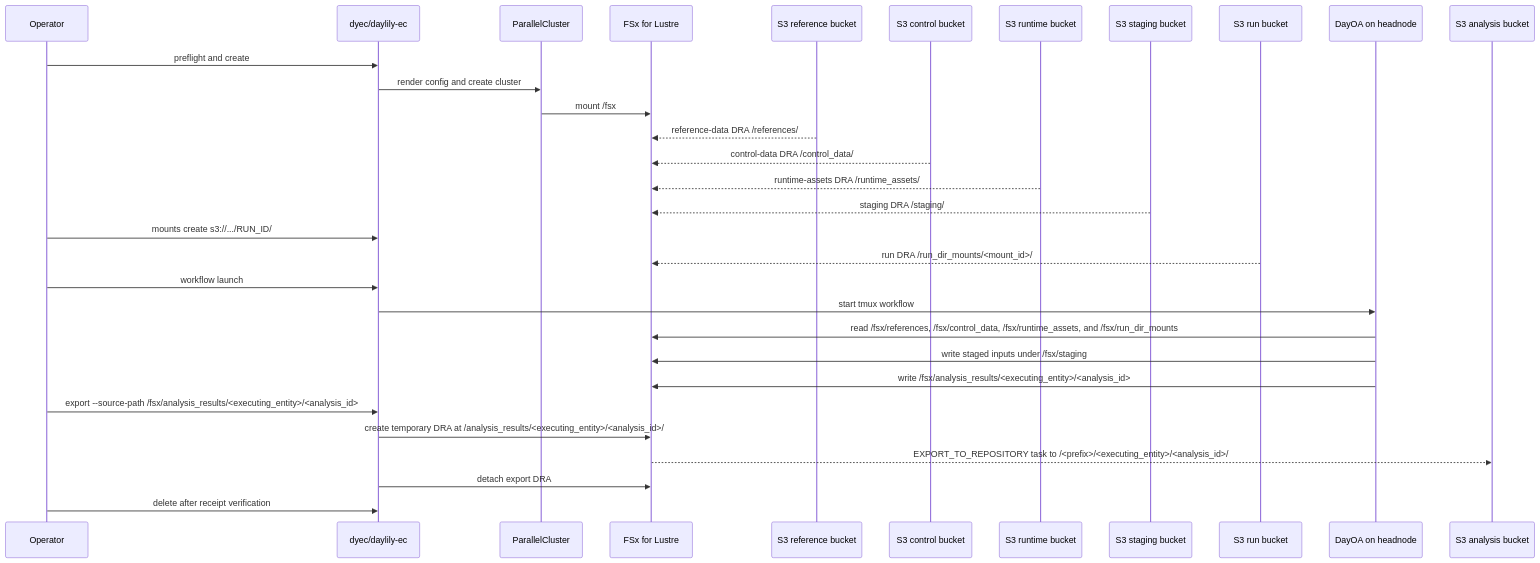
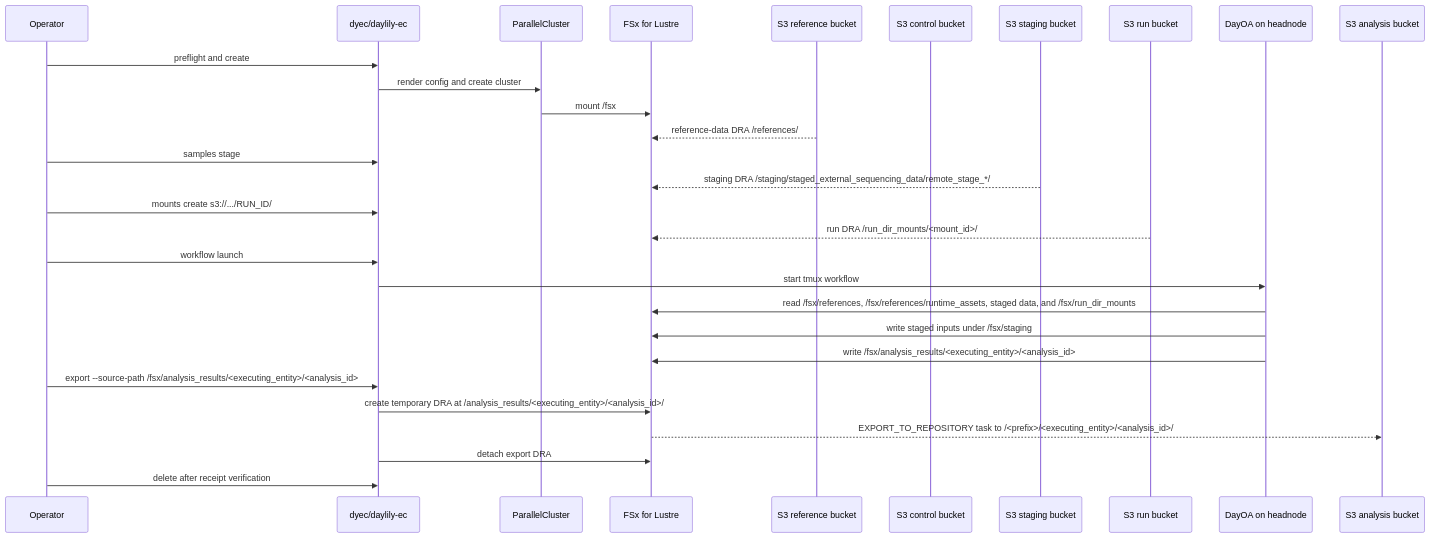
One commit to Daylily-Informatics/daylily-ephemeral-cluster changed the first of 3 diagrams in docs/dra_fsx_strategy.md. Above: the diagram before and after it, drawn with Mermaid. The commit also changed other lines of this file and 66 other files, not shown here.

Commit message:
Use references mount for runtime assets

````diff
--- a/docs/dra_fsx_strategy.md
+++ b/docs/dra_fsx_strategy.md
@@ -21,34 +21,32 @@
 ```mermaid
 sequenceDiagram
   participant Op as Operator
   participant DyEC as dyec/daylily-ec
   participant PC as ParallelCluster
   participant FSx as FSx for Lustre
   participant Ref as S3 reference bucket
   participant Ctrl as S3 control bucket
-  participant Runtime as S3 runtime bucket
   participant Stage as S3 staging bucket
   participant Run as S3 run bucket
   participant DayOA as DayOA on headnode
   participant Out as S3 analysis bucket
 
   Op->>DyEC: preflight and create
   DyEC->>PC: render config and create cluster
   PC->>FSx: mount /fsx
   Ref-->>FSx: reference-data DRA /references/
-  Ctrl-->>FSx: control-data DRA /control_data/
-  Runtime-->>FSx: runtime-assets DRA /runtime_assets/
-  Stage-->>FSx: staging DRA /staging/
+  Op->>DyEC: samples stage
+  Stage-->>FSx: staging DRA /staging/staged_external_sequencing_data/remote_stage_*/
   Op->>DyEC: mounts create s3://.../RUN_ID/
   Run-->>FSx: run DRA /run_dir_mounts/<mount_id>/
   Op->>DyEC: workflow launch
   DyEC->>DayOA: start tmux workflow
-  DayOA->>FSx: read /fsx/references, /fsx/control_data, /fsx/runtime_assets, and /fsx/run_dir_mounts
+  DayOA->>FSx: read /fsx/references, /fsx/references/runtime_assets, staged data, and /fsx/run_dir_mounts
   DayOA->>FSx: write staged inputs under /fsx/staging
   DayOA->>FSx: write /fsx/analysis_results/<executing_entity>/<analysis_id>
   Op->>DyEC: export --source-path /fsx/analysis_results/<executing_entity>/<analysis_id>
   DyEC->>FSx: create temporary DRA at /analysis_results/<executing_entity>/<analysis_id>/
   FSx-->>Out: EXPORT_TO_REPOSITORY task to /<prefix>/<executing_entity>/<analysis_id>/
   DyEC->>FSx: detach export DRA
   Op->>DyEC: delete after receipt verification
 ```
````
